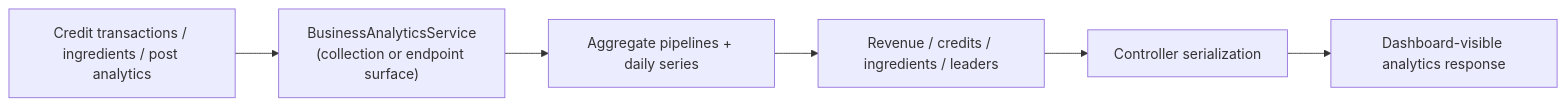
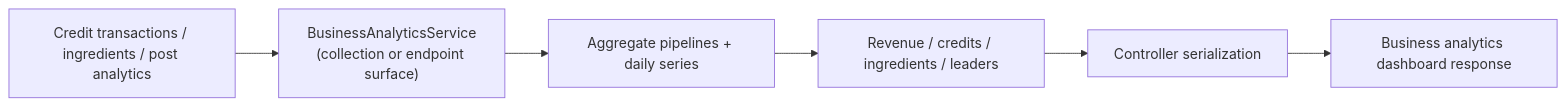
One commit to genfeedai/genfeed.ai changed the second of 3 diagrams in apps/docs/content/core-loop/analytics-backbone.mdx. Above: the diagram before and after it, drawn with Mermaid. The commit also changed other lines of this file and 1 other file, not shown here.

Commit message:
docs: map analytics ingestion pipeline

````diff
--- a/apps/docs/content/core-loop/analytics-backbone.mdx
+++ b/apps/docs/content/core-loop/analytics-backbone.mdx
@@ -31,8 +65,8 @@
 ```mermaid
 flowchart LR
   A["Credit transactions / ingredients / post analytics"] --> B["BusinessAnalyticsService\n(collection or endpoint surface)"]
   B --> C["Aggregate pipelines + daily series"]
   C --> D["Revenue / credits / ingredients / leaders"]
   D --> E["Controller serialization"]
-  E --> F["Dashboard-visible analytics response"]
+  E --> F["Business analytics dashboard response"]
 ```
````
